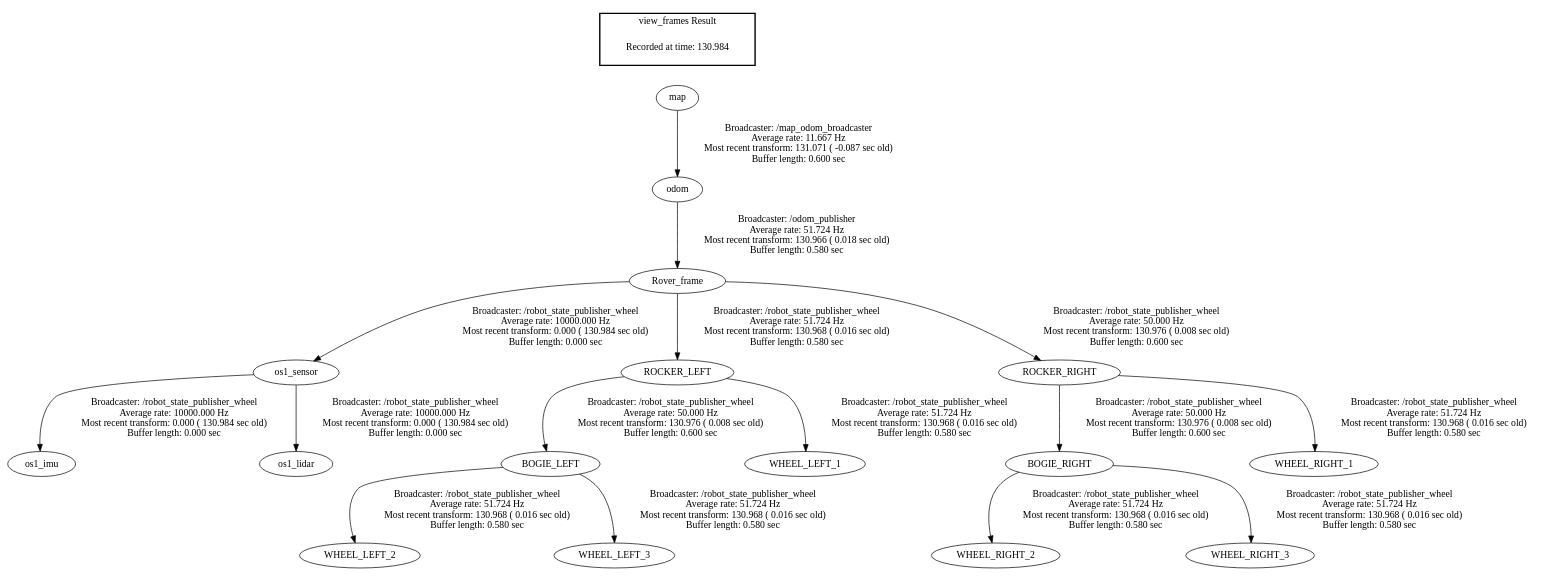
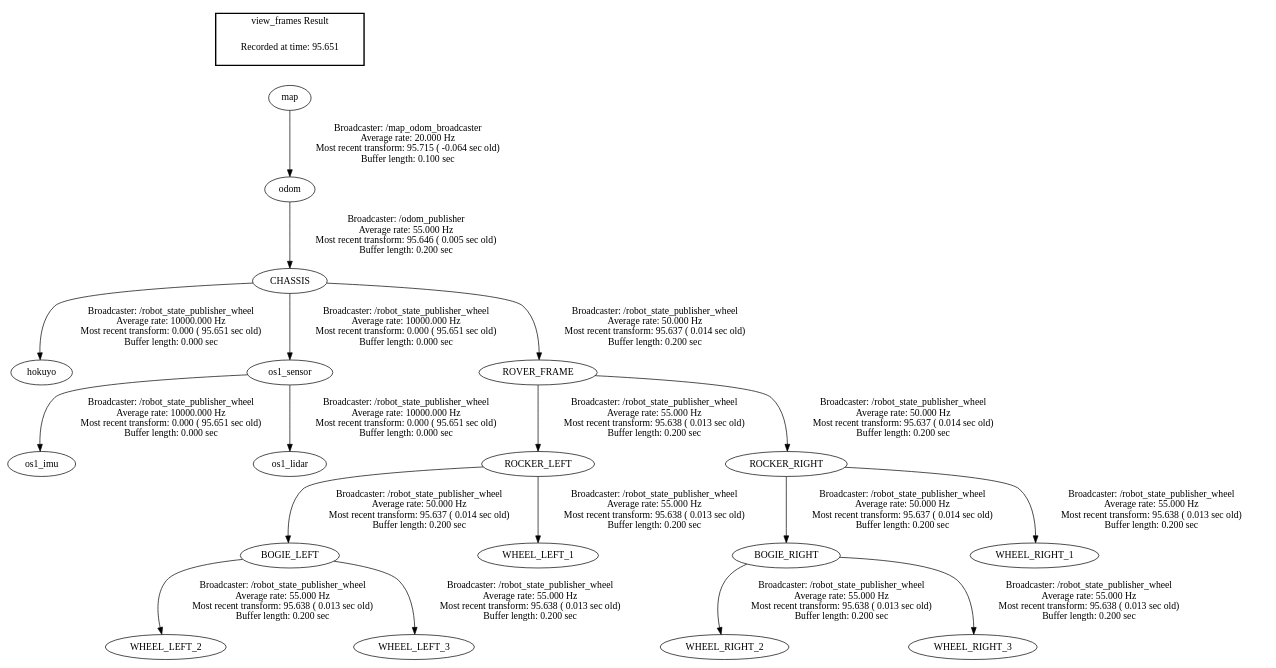
Before and after one commit to EPFLXplore/main_NAV_ws: the diagram in frames.gv, drawn with Graphviz. The commit also changed 13 other files, not shown here.

```diff
--- a/frames.gv
+++ b/frames.gv
@@ -1,21 +1,23 @@
 digraph G {
-"os1_sensor" -> "os1_imu"[label="Broadcaster: /robot_state_publisher_wheel\nAverage rate: 10000.000 Hz\nMost recent transform: 0.000 ( 130.984 sec old)\nBuffer length: 0.000 sec\n"];
-"Rover_frame" -> "os1_sensor"[label="Broadcaster: /robot_state_publisher_wheel\nAverage rate: 10000.000 Hz\nMost recent transform: 0.000 ( 130.984 sec old)\nBuffer length: 0.000 sec\n"];
-"os1_sensor" -> "os1_lidar"[label="Broadcaster: /robot_state_publisher_wheel\nAverage rate: 10000.000 Hz\nMost recent transform: 0.000 ( 130.984 sec old)\nBuffer length: 0.000 sec\n"];
-"odom" -> "Rover_frame"[label="Broadcaster: /odom_publisher\nAverage rate: 51.724 Hz\nMost recent transform: 130.966 ( 0.018 sec old)\nBuffer length: 0.580 sec\n"];
-"map" -> "odom"[label="Broadcaster: /map_odom_broadcaster\nAverage rate: 11.667 Hz\nMost recent transform: 131.071 ( -0.087 sec old)\nBuffer length: 0.600 sec\n"];
-"ROCKER_LEFT" -> "BOGIE_LEFT"[label="Broadcaster: /robot_state_publisher_wheel\nAverage rate: 50.000 Hz\nMost recent transform: 130.976 ( 0.008 sec old)\nBuffer length: 0.600 sec\n"];
-"Rover_frame" -> "ROCKER_LEFT"[label="Broadcaster: /robot_state_publisher_wheel\nAverage rate: 51.724 Hz\nMost recent transform: 130.968 ( 0.016 sec old)\nBuffer length: 0.580 sec\n"];
-"ROCKER_RIGHT" -> "BOGIE_RIGHT"[label="Broadcaster: /robot_state_publisher_wheel\nAverage rate: 50.000 Hz\nMost recent transform: 130.976 ( 0.008 sec old)\nBuffer length: 0.600 sec\n"];
-"Rover_frame" -> "ROCKER_RIGHT"[label="Broadcaster: /robot_state_publisher_wheel\nAverage rate: 50.000 Hz\nMost recent transform: 130.976 ( 0.008 sec old)\nBuffer length: 0.600 sec\n"];
-"ROCKER_LEFT" -> "WHEEL_LEFT_1"[label="Broadcaster: /robot_state_publisher_wheel\nAverage rate: 51.724 Hz\nMost recent transform: 130.968 ( 0.016 sec old)\nBuffer length: 0.580 sec\n"];
-"BOGIE_LEFT" -> "WHEEL_LEFT_2"[label="Broadcaster: /robot_state_publisher_wheel\nAverage rate: 51.724 Hz\nMost recent transform: 130.968 ( 0.016 sec old)\nBuffer length: 0.580 sec\n"];
-"BOGIE_LEFT" -> "WHEEL_LEFT_3"[label="Broadcaster: /robot_state_publisher_wheel\nAverage rate: 51.724 Hz\nMost recent transform: 130.968 ( 0.016 sec old)\nBuffer length: 0.580 sec\n"];
-"ROCKER_RIGHT" -> "WHEEL_RIGHT_1"[label="Broadcaster: /robot_state_publisher_wheel\nAverage rate: 51.724 Hz\nMost recent transform: 130.968 ( 0.016 sec old)\nBuffer length: 0.580 sec\n"];
-"BOGIE_RIGHT" -> "WHEEL_RIGHT_2"[label="Broadcaster: /robot_state_publisher_wheel\nAverage rate: 51.724 Hz\nMost recent transform: 130.968 ( 0.016 sec old)\nBuffer length: 0.580 sec\n"];
-"BOGIE_RIGHT" -> "WHEEL_RIGHT_3"[label="Broadcaster: /robot_state_publisher_wheel\nAverage rate: 51.724 Hz\nMost recent transform: 130.968 ( 0.016 sec old)\nBuffer length: 0.580 sec\n"];
+"CHASSIS" -> "hokuyo"[label="Broadcaster: /robot_state_publisher_wheel\nAverage rate: 10000.000 Hz\nMost recent transform: 0.000 ( 95.651 sec old)\nBuffer length: 0.000 sec\n"];
+"odom" -> "CHASSIS"[label="Broadcaster: /odom_publisher\nAverage rate: 55.000 Hz\nMost recent transform: 95.646 ( 0.005 sec old)\nBuffer length: 0.200 sec\n"];
+"os1_sensor" -> "os1_imu"[label="Broadcaster: /robot_state_publisher_wheel\nAverage rate: 10000.000 Hz\nMost recent transform: 0.000 ( 95.651 sec old)\nBuffer length: 0.000 sec\n"];
+"CHASSIS" -> "os1_sensor"[label="Broadcaster: /robot_state_publisher_wheel\nAverage rate: 10000.000 Hz\nMost recent transform: 0.000 ( 95.651 sec old)\nBuffer length: 0.000 sec\n"];
+"os1_sensor" -> "os1_lidar"[label="Broadcaster: /robot_state_publisher_wheel\nAverage rate: 10000.000 Hz\nMost recent transform: 0.000 ( 95.651 sec old)\nBuffer length: 0.000 sec\n"];
+"ROCKER_LEFT" -> "BOGIE_LEFT"[label="Broadcaster: /robot_state_publisher_wheel\nAverage rate: 50.000 Hz\nMost recent transform: 95.637 ( 0.014 sec old)\nBuffer length: 0.200 sec\n"];
+"ROVER_FRAME" -> "ROCKER_LEFT"[label="Broadcaster: /robot_state_publisher_wheel\nAverage rate: 55.000 Hz\nMost recent transform: 95.638 ( 0.013 sec old)\nBuffer length: 0.200 sec\n"];
+"ROCKER_RIGHT" -> "BOGIE_RIGHT"[label="Broadcaster: /robot_state_publisher_wheel\nAverage rate: 50.000 Hz\nMost recent transform: 95.637 ( 0.014 sec old)\nBuffer length: 0.200 sec\n"];
+"ROVER_FRAME" -> "ROCKER_RIGHT"[label="Broadcaster: /robot_state_publisher_wheel\nAverage rate: 50.000 Hz\nMost recent transform: 95.637 ( 0.014 sec old)\nBuffer length: 0.200 sec\n"];
+"CHASSIS" -> "ROVER_FRAME"[label="Broadcaster: /robot_state_publisher_wheel\nAverage rate: 50.000 Hz\nMost recent transform: 95.637 ( 0.014 sec old)\nBuffer length: 0.200 sec\n"];
+"ROCKER_LEFT" -> "WHEEL_LEFT_1"[label="Broadcaster: /robot_state_publisher_wheel\nAverage rate: 55.000 Hz\nMost recent transform: 95.638 ( 0.013 sec old)\nBuffer length: 0.200 sec\n"];
+"BOGIE_LEFT" -> "WHEEL_LEFT_2"[label="Broadcaster: /robot_state_publisher_wheel\nAverage rate: 55.000 Hz\nMost recent transform: 95.638 ( 0.013 sec old)\nBuffer length: 0.200 sec\n"];
+"BOGIE_LEFT" -> "WHEEL_LEFT_3"[label="Broadcaster: /robot_state_publisher_wheel\nAverage rate: 55.000 Hz\nMost recent transform: 95.638 ( 0.013 sec old)\nBuffer length: 0.200 sec\n"];
+"ROCKER_RIGHT" -> "WHEEL_RIGHT_1"[label="Broadcaster: /robot_state_publisher_wheel\nAverage rate: 55.000 Hz\nMost recent transform: 95.638 ( 0.013 sec old)\nBuffer length: 0.200 sec\n"];
+"BOGIE_RIGHT" -> "WHEEL_RIGHT_2"[label="Broadcaster: /robot_state_publisher_wheel\nAverage rate: 55.000 Hz\nMost recent transform: 95.638 ( 0.013 sec old)\nBuffer length: 0.200 sec\n"];
+"BOGIE_RIGHT" -> "WHEEL_RIGHT_3"[label="Broadcaster: /robot_state_publisher_wheel\nAverage rate: 55.000 Hz\nMost recent transform: 95.638 ( 0.013 sec old)\nBuffer length: 0.200 sec\n"];
+"map" -> "odom"[label="Broadcaster: /map_odom_broadcaster\nAverage rate: 20.000 Hz\nMost recent transform: 95.715 ( -0.064 sec old)\nBuffer length: 0.100 sec\n"];
 edge [style=invis];
  subgraph cluster_legend { style=bold; color=black; label ="view_frames Result";
-"Recorded at time: 130.984"[ shape=plaintext ] ;
+"Recorded at time: 95.651"[ shape=plaintext ] ;
  }->"map";
 }
```
